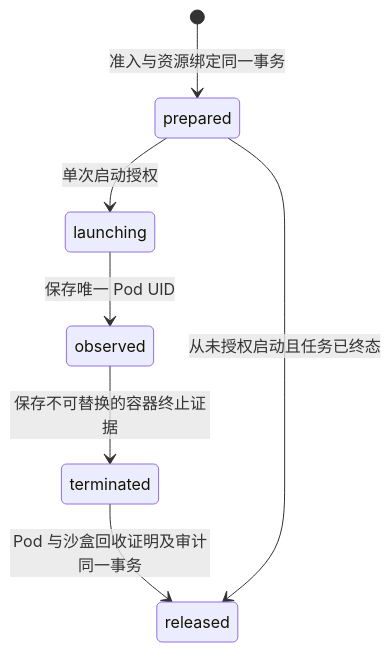
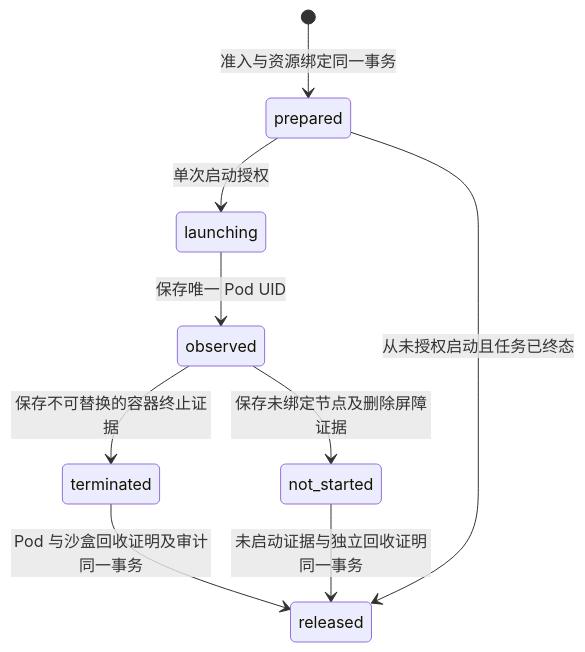
Before and after one commit to jhj8888/open_agent: the diagram in docs/platform/cluster-execution.md, drawn with Mermaid. The commit also changed other lines of this file and 25 other files, not shown here.

````diff
--- a/docs/platform/cluster-execution.md
+++ b/docs/platform/cluster-execution.md
@@ -23,9 +23,11 @@
 ```mermaid
 stateDiagram-v2
     [*] --> prepared: 准入与资源绑定同一事务
     prepared --> launching: 单次启动授权
     launching --> observed: 保存唯一 Pod UID
     observed --> terminated: 保存不可替换的容器终止证据
+    observed --> not_started: 保存未绑定节点及删除屏障证据
     terminated --> released: Pod 与沙盒回收证明及审计同一事务
+    not_started --> released: 未启动证据与独立回收证明同一事务
     prepared --> released: 从未授权启动且任务已终态
 ```
````
